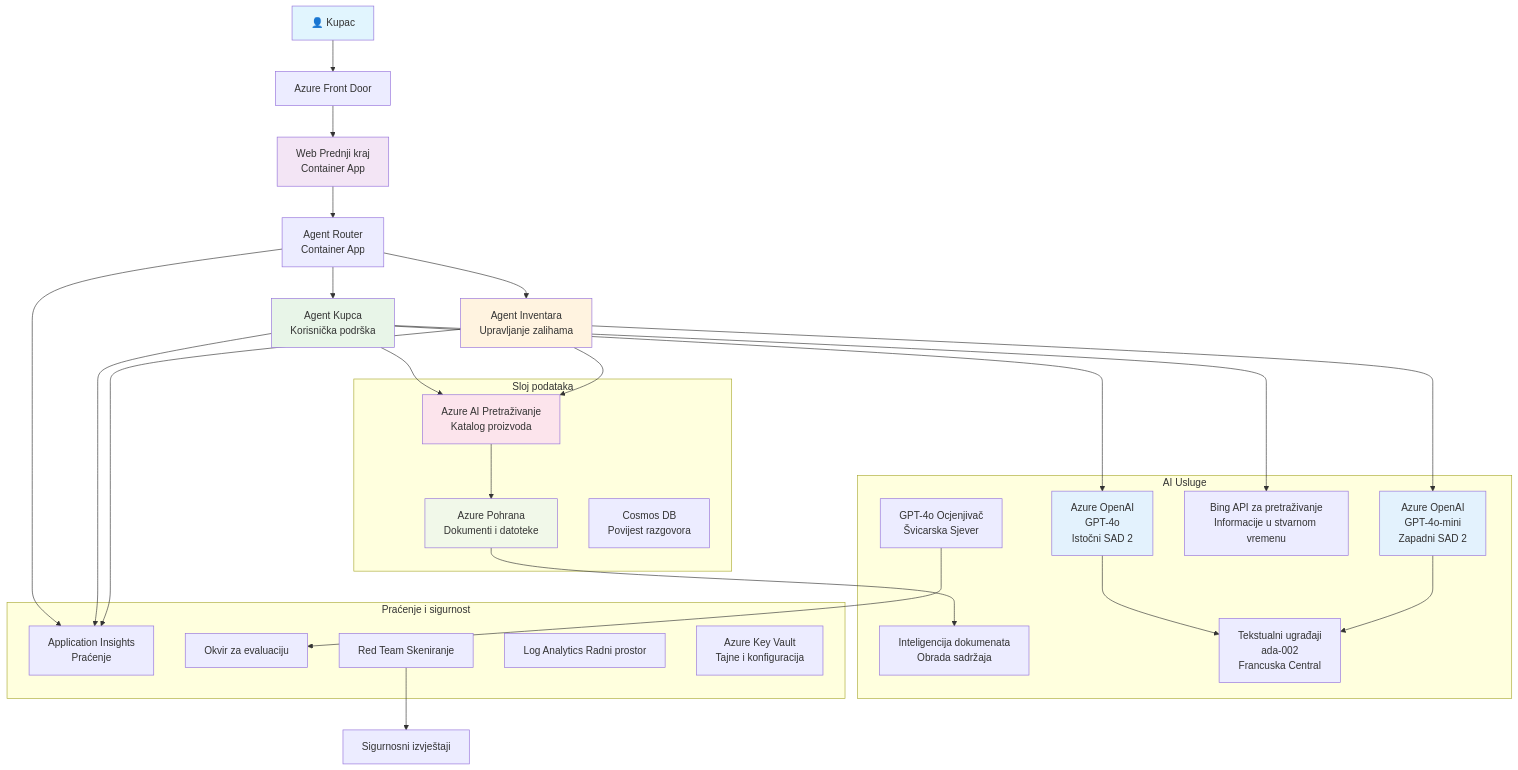
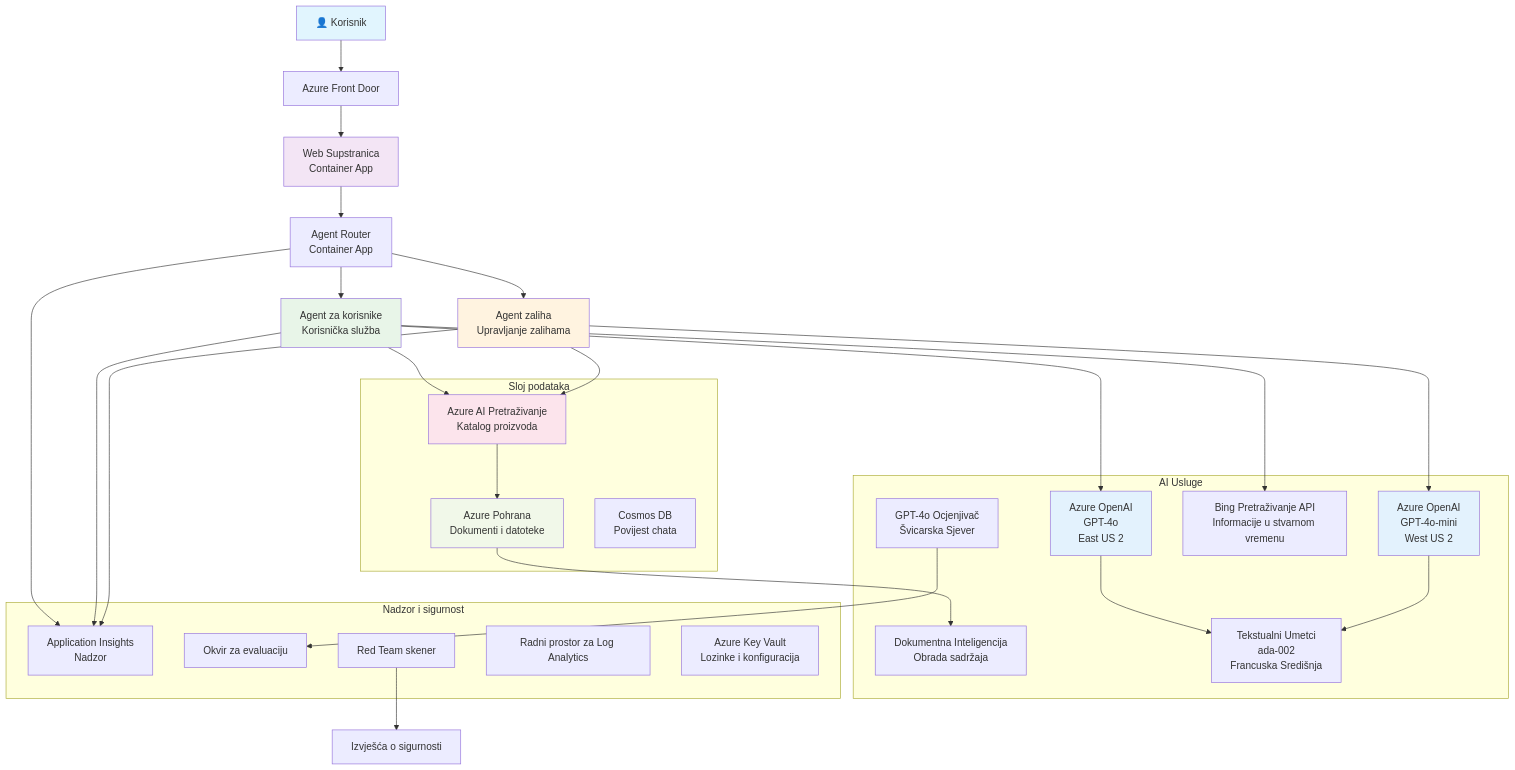
One commit to microsoft/AZD-for-beginners changed the diagram in translations/hr/examples/retail-scenario.md. Above: the diagram before and after it, drawn with Mermaid. The commit also changed other lines of this file and 242 other files, not shown here.

````diff
--- a/translations/hr/examples/retail-scenario.md
+++ b/translations/hr/examples/retail-scenario.md
@@ -148,61 +139,61 @@
 ```mermaid
 graph TB
-    User[👤 Kupac] --> LB[Azure Front Door]
-    LB --> WebApp[Web Prednji kraj<br/>Container App]
+    User[👤 Korisnik] --> LB[Azure Front Door]
+    LB --> WebApp[Web Supstranica<br/>Container App]
     
     WebApp --> Router[Agent Router<br/>Container App]
-    Router --> CustomerAgent[Agent Kupca<br/>Korisnička podrška]
-    Router --> InvAgent[Agent Inventara<br/>Upravljanje zalihama]
+    Router --> CustomerAgent[Agent za korisnike<br/>Korisnička služba]
+    Router --> InvAgent[Agent zaliha<br/>Upravljanje zalihama]
     
-    CustomerAgent --> OpenAI1[Azure OpenAI<br/>GPT-4o<br/>Istočni SAD 2]
-    InvAgent --> OpenAI2[Azure OpenAI<br/>GPT-4o-mini<br/>Zapadni SAD 2]
+    CustomerAgent --> OpenAI1[Azure OpenAI<br/>GPT-4o<br/>East US 2]
+    InvAgent --> OpenAI2[Azure OpenAI<br/>GPT-4o-mini<br/>West US 2]
     
     CustomerAgent --> AISearch[Azure AI Pretraživanje<br/>Katalog proizvoda]
-    CustomerAgent --> BingSearch[Bing API za pretraživanje<br/>Informacije u stvarnom vremenu]
+    CustomerAgent --> BingSearch[Bing Pretraživanje API<br/>Informacije u stvarnom vremenu]
     InvAgent --> AISearch
     
     AISearch --> Storage[Azure Pohrana<br/>Dokumenti i datoteke]
-    Storage --> DocIntel[Inteligencija dokumenata<br/>Obrada sadržaja]
+    Storage --> DocIntel[Dokumentna Inteligencija<br/>Obrada sadržaja]
     
-    OpenAI1 --> Embeddings[Tekstualni ugrađaji<br/>ada-002<br/>Francuska Central]
+    OpenAI1 --> Embeddings[Tekstualni Umetci<br/>ada-002<br/>Francuska Središnja]
     OpenAI2 --> Embeddings
     
-    Router --> AppInsights[Application Insights<br/>Praćenje]
+    Router --> AppInsights[Application Insights<br/>Nadzor]
     CustomerAgent --> AppInsights
     InvAgent --> AppInsights
     
     GraderModel[GPT-4o Ocjenjivač<br/>Švicarska Sjever] --> Evaluation[Okvir za evaluaciju]
-    RedTeam[Red Team Skeniranje] --> SecurityReports[Sigurnosni izvještaji]
+    RedTeam[Red Team skener] --> SecurityReports[Izvješća o sigurnosti]
     
     subgraph "Sloj podataka"
         Storage
         AISearch
-        CosmosDB[Cosmos DB<br/>Povijest razgovora]
+        CosmosDB[Cosmos DB<br/>Povijest chata]
     end
     
     subgraph "AI Usluge"
         OpenAI1
         OpenAI2
         Embeddings
         GraderModel
         DocIntel
         BingSearch
     end
     
-    subgraph "Praćenje i sigurnost"
+    subgraph "Nadzor i sigurnost"
         AppInsights
-        LogAnalytics[Log Analytics Radni prostor]
-        KeyVault[Azure Key Vault<br/>Tajne i konfiguracija]
+        LogAnalytics[Radni prostor za Log Analytics]
+        KeyVault[Azure Key Vault<br/>Lozinke i konfiguracija]
         RedTeam
         Evaluation
     end
     
     style User fill:#e1f5fe
     style WebApp fill:#f3e5f5
     style CustomerAgent fill:#e8f5e8
     style InvAgent fill:#fff3e0
     style OpenAI1 fill:#e3f2fd
     style OpenAI2 fill:#e3f2fd
     style AISearch fill:#fce4ec
     style Storage fill:#f1f8e9
 ```
````
